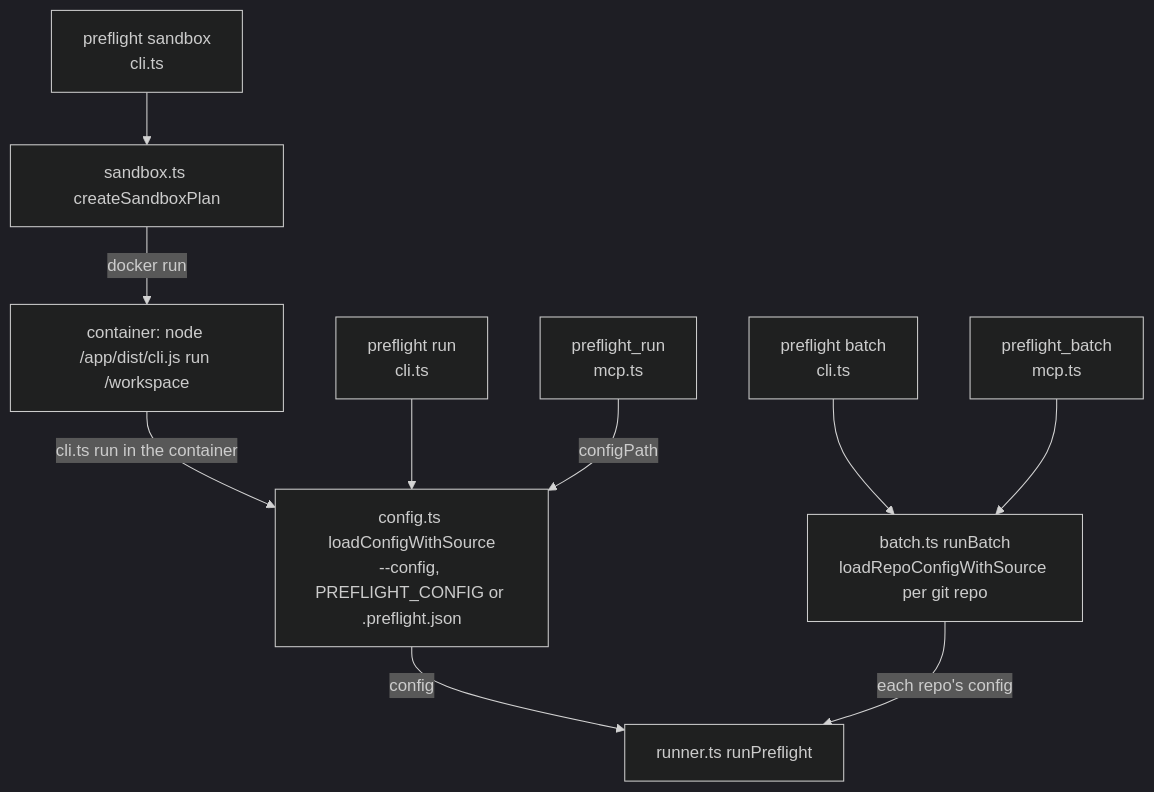
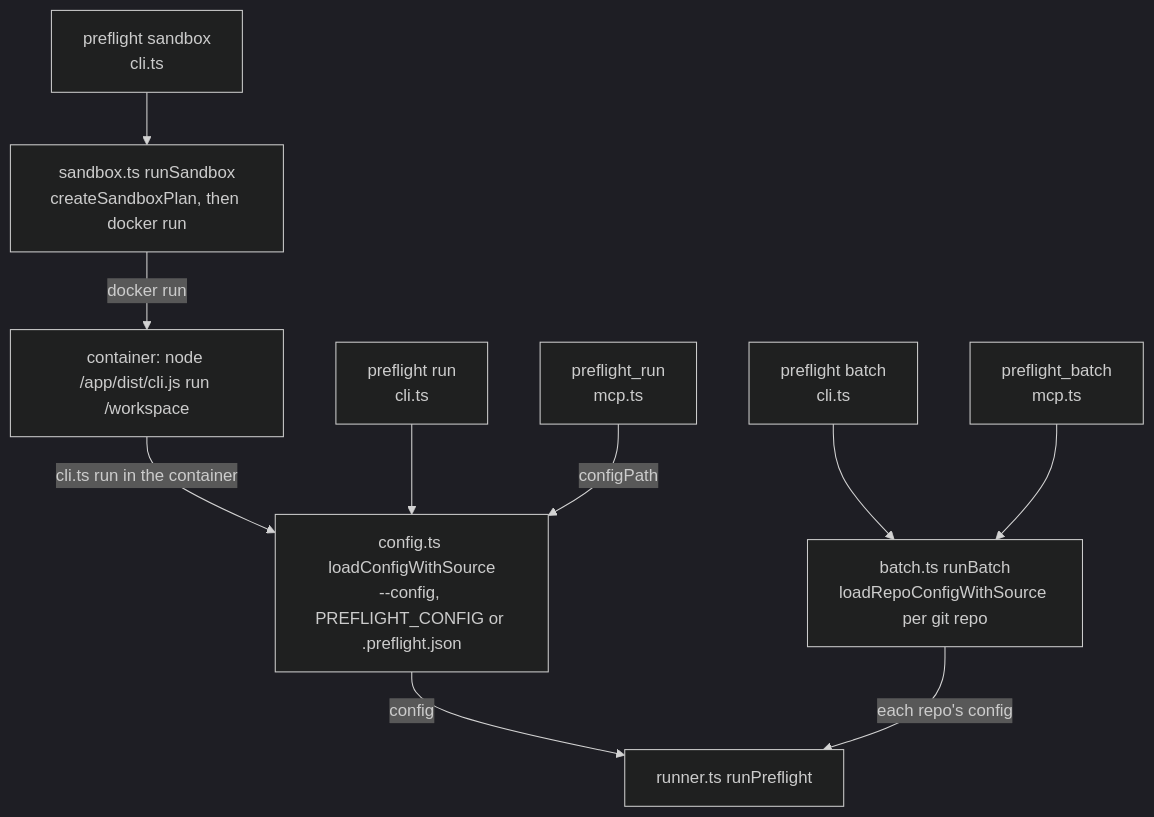
Before and after one commit to LanNguyenSi/agent-preflight: the first of 2 diagrams in docs/architecture.md, drawn with Mermaid (dark theme). The commit also changed other lines of this file and 6 other files, not shown here.

````diff
--- a/docs/architecture.md
+++ b/docs/architecture.md
@@ -71,23 +71,23 @@
 ```mermaid
 flowchart TD
     SCLI["preflight sandbox<br/>cli.ts"]
     RUN["preflight run<br/>cli.ts"]
     MRUN["preflight_run<br/>mcp.ts"]
     BCLI["preflight batch<br/>cli.ts"]
     MBATCH["preflight_batch<br/>mcp.ts"]
-    SP["sandbox.ts createSandboxPlan"]
+    SP["sandbox.ts runSandbox<br/>createSandboxPlan, then docker run"]
     CONT["container: node /app/dist/cli.js run /workspace"]
     LCS["config.ts loadConfigWithSource<br/>--config, PREFLIGHT_CONFIG or .preflight.json"]
     RB["batch.ts runBatch<br/>loadRepoConfigWithSource per git repo"]
     RP["runner.ts runPreflight"]
 
     SCLI --> SP
     SP -->|"docker run"| CONT
     CONT -->|"cli.ts run in the container"| LCS
     RUN --> LCS
     MRUN -->|"configPath"| LCS
     BCLI --> RB
     MBATCH --> RB
     LCS -->|"config"| RP
     RB -->|"each repo's config"| RP
 ```
````
